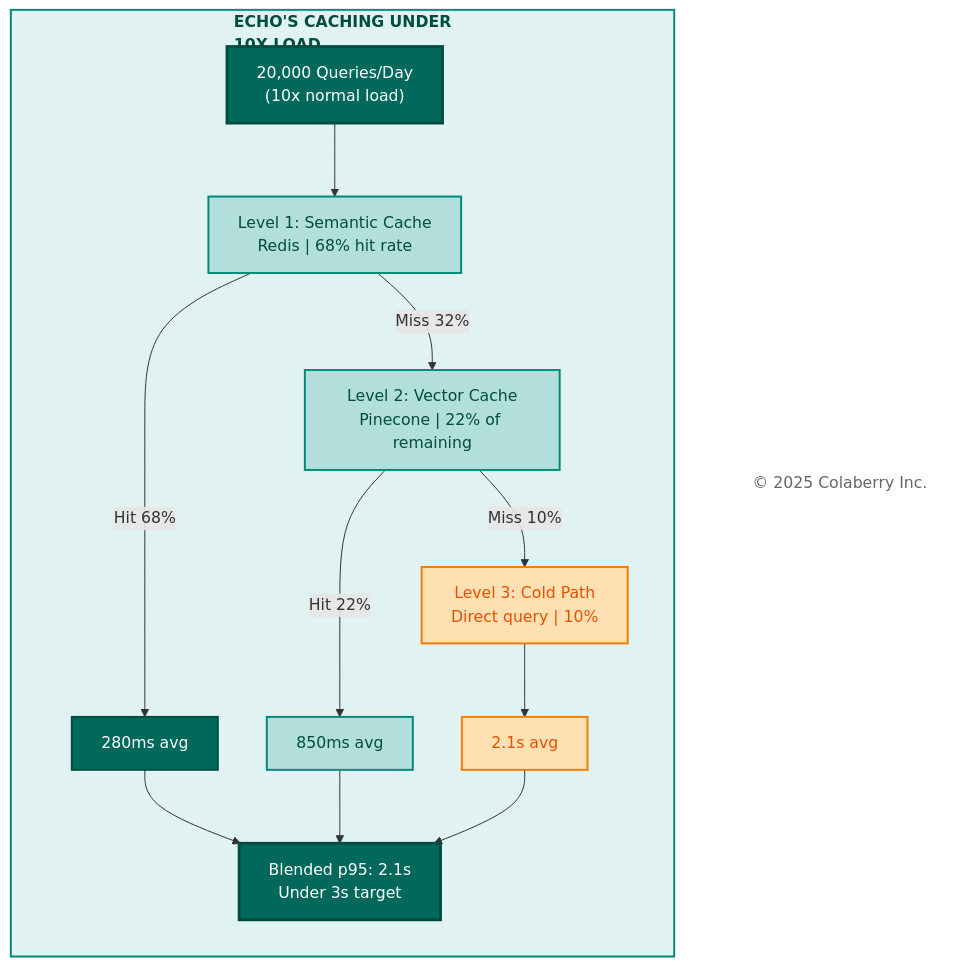
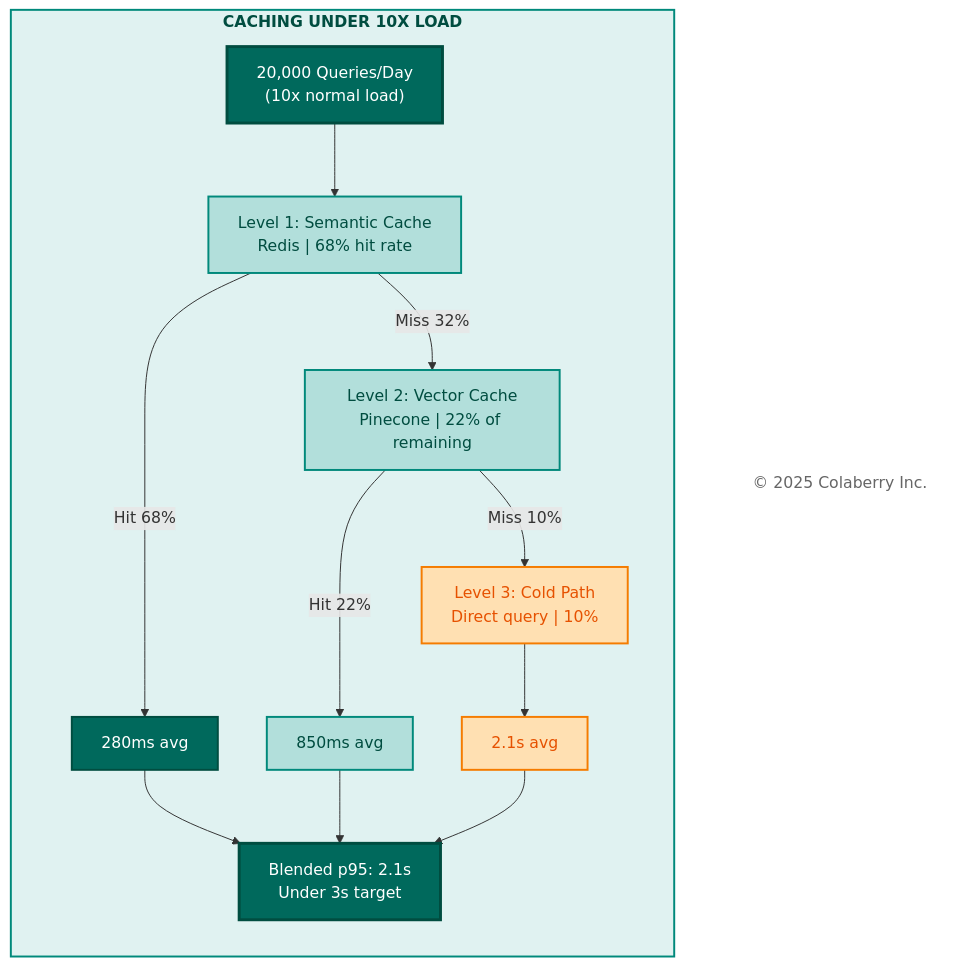
The fourth of 11 diagrams in manuscript/09_chapter_8_architecture_of_trust_in_action.md (saitejesh-cyber/trust-before-intelligence-book), drawn with Mermaid before and after one commit. The commit also changed other lines of this file, not shown here.

First line of the commit message:
Cleaning up chapter diagrams

````diff
--- a/manuscript/09_chapter_8_architecture_of_trust_in_action.md
+++ b/manuscript/09_chapter_8_architecture_of_trust_in_action.md
@@ -264,42 +265,42 @@
 ```mermaid
 
 graph TB
-  subgraph CACHE["<b>ECHO'S CACHING UNDER<br/>10X LOAD</b>"]
+  subgraph CACHE["<b>CACHING UNDER 10X LOAD</b>"]
     direction TB
     QUERY["20,000 Queries/Day<br/>(10x normal load)"]
     
     L1["Level 1: Semantic Cache<br/>Redis | 68% hit rate"]
     L2["Level 2: Vector Cache<br/>Pinecone | 22% of remaining"]
     L3["Level 3: Cold Path<br/>Direct query | 10%"]
     
     R1["280ms avg"]
     R2["850ms avg"]
     R3["2.1s avg"]
     
     RESULT["Blended p95: 2.1s<br/>Under 3s target"]
   end
   
   Copyright["© 2025 Colaberry Inc."]
   
   QUERY --> L1
   L1 -->|"Hit 68%"| R1
   L1 -->|"Miss 32%"| L2
   L2 -->|"Hit 22%"| R2
   L2 -->|"Miss 10%"| L3
   L3 --> R3
   R1 --> RESULT
   R2 --> RESULT
   R3 --> RESULT
   
   style CACHE fill:#e0f2f1,stroke:#00897b,stroke-width:2px,color:#004d40
   style QUERY fill:#00695c,color:#ffffff,stroke:#004d40,stroke-width:3px
   style L1 fill:#b2dfdb,stroke:#00897b,stroke-width:2px,color:#004d40
   style L2 fill:#b2dfdb,stroke:#00897b,stroke-width:2px,color:#004d40
   style L3 fill:#ffe0b2,stroke:#f57c00,stroke-width:2px,color:#e65100
   style R1 fill:#00695c,color:#ffffff,stroke:#004d40,stroke-width:2px
   style R2 fill:#b2dfdb,stroke:#00897b,stroke-width:2px,color:#004d40
   style R3 fill:#ffe0b2,stroke:#f57c00,stroke-width:2px,color:#e65100
   style RESULT fill:#00695c,color:#ffffff,stroke:#004d40,stroke-width:3px
   style Copyright fill:#ffffff,stroke:none,color:#666666
 
 ```
````
